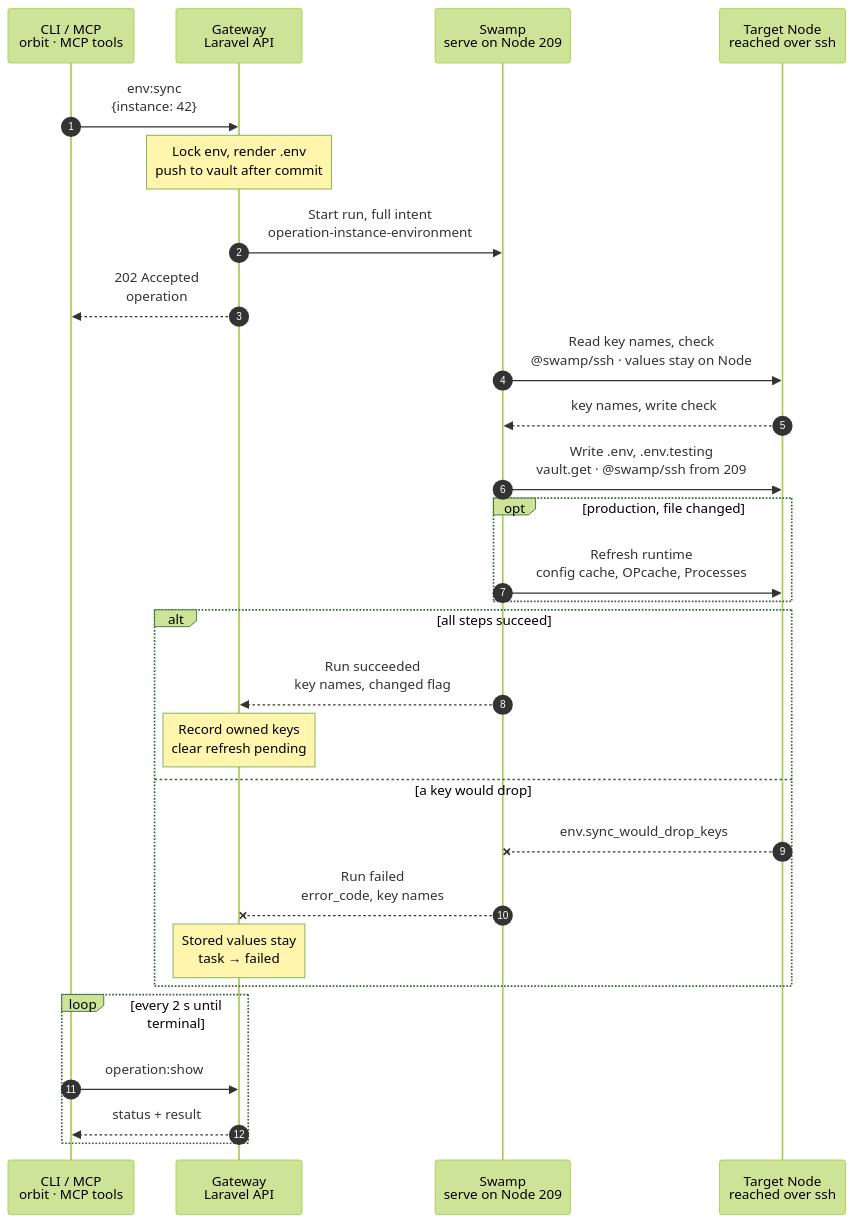
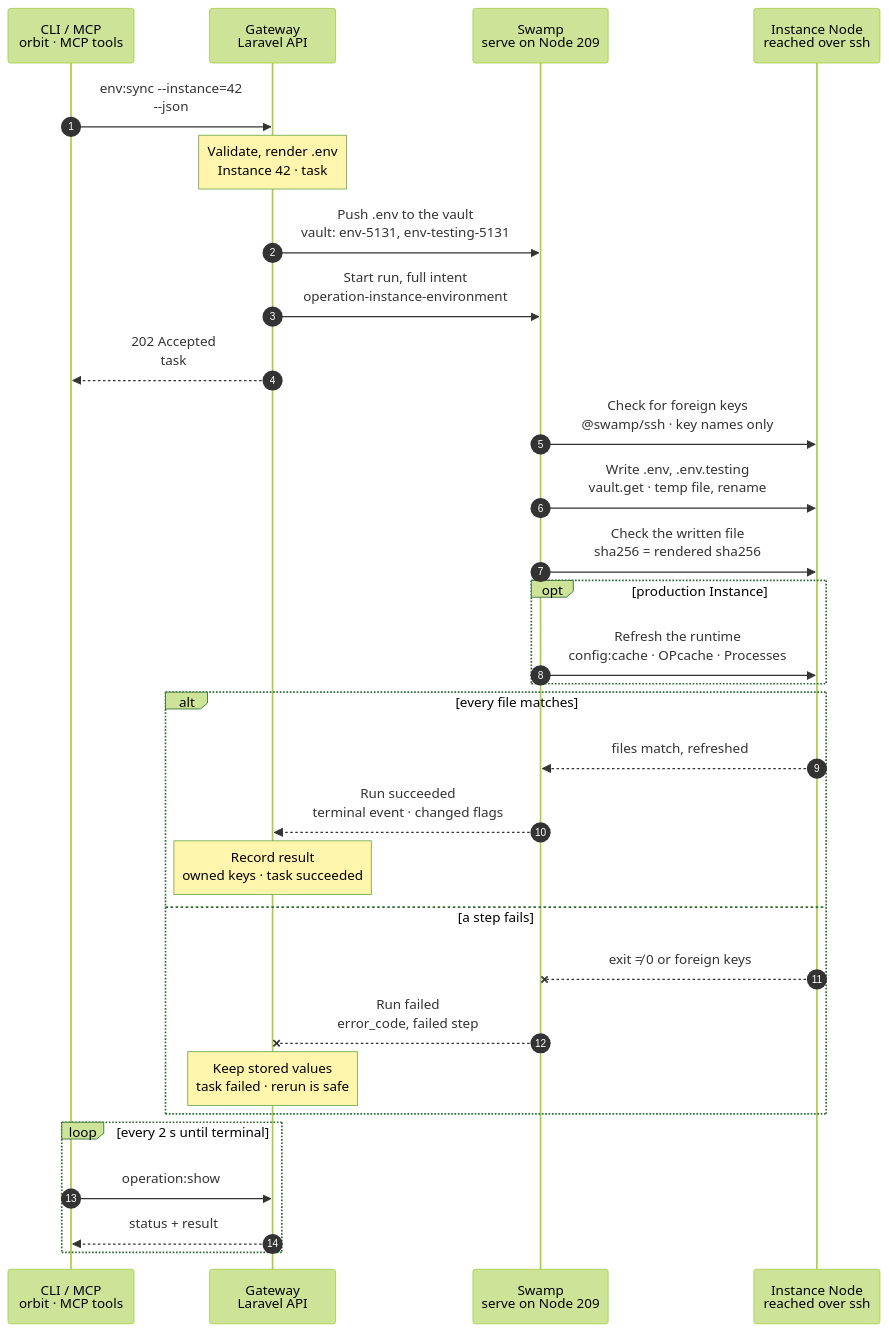
The diagram in docs/flows/instance.sync_environment.mmd (hardimpactdev/orbit), drawn with Mermaid (forest theme) before and after one commit. The commit also changed 10 other files, not shown here.

First line of the commit message:
docs(flows): wave 3 charts (dev Instance lifecycle, Project maintenance) (#2436)

```diff
--- a/docs/flows/instance.sync_environment.mmd
+++ b/docs/flows/instance.sync_environment.mmd
@@ -1,34 +1,132 @@
 sequenceDiagram
-  %% Target design: ADR 0244 task, decision swamp-vault-secrets (vault.get, no secret inputs), F9 sync phases; DECISIONS round 2 (rendered .env pushed to vault after commit, vault.get from 209, no private-material fetch, no per-Node worker).
+  %% Target design: ADR 0244 task, R1-R4, decision swamp-vault-secrets (vault.get), orbit-gateway-renders-create-env (Gateway owns .env, no read-back), DECISIONS instance.sync_environment (vault after commit, @swamp/ssh from 209, no private-material fetch, no per-Node worker). docs/reference/environment-variables.md.
   %% status: draft
+  %% command: env:sync
   autonumber
   %% lane CLI icon=terminal pill=caller tone=gray
   %% lane GW icon=gateway pill=intent tone=blue
   %% lane SW icon=workflow pill=executes tone=green
   %% lane N icon=server pill=target tone=amber
   participant CLI as CLI / MCP<br/>orbit · MCP tools
   participant GW as Gateway<br/>Laravel API
   participant SW as Swamp<br/>serve on Node 209
-  participant N as Target Node<br/>reached over ssh
-  CLI->>GW: env:sync<br/>{instance: 42}
-  Note over GW: Lock env, render .env<br/>push to vault after commit
+  participant N as Instance Node<br/>reached over ssh
+  CLI->>GW: env:sync --instance=42<br/>--json
+  %%> Command:
+  %%> - `orbit env:sync --instance=42`
+  %%> - syntax: `env:sync --instance=SELECTOR [--json]`
+  %%> Input:
+  %%> - the Instance: a numeric Instance ID or the exact domain of its Route
+  %%> Who can call it:
+  %%> - the `orbit` CLI and the MCP tool send the same request
+  Note over GW: Validate, render .env<br/>Instance 42 · task #5131
+  %%> Requirements:
+  %%> - your Node has an access grant to Node 12, the Node of Instance 42
+  %%> - Instance 42 is active, on a Node with exactly one active `app-dev` or `app-prod` role
+  %%> - Instance 42 has stored configuration (`env.configuration_missing` otherwise)
+  %%> - a stored `{{instance.domain}}` needs a settled Route (`env.reference_unavailable` otherwise)
+  %%> - no other task holds Instance 42; the Gateway holds one lock per Instance and waits briefly for a busy one
+  %%> Renders .env:
+  %%> - every stored key in sorted order, as a quoted value
+  %%> - `{{instance.domain}}` from the Route, `{{instance.environment}}` from the Node role
+  %%> - `.env.testing` too, when Instance 42 owns its `DB` database
+  %%> Result:
+  %%> - task #5131 recorded with the full intent and the sha256 of each rendered file
+  %%> - nothing has happened on the Node yet
+  GW->>SW: Push .env to the vault<br/>vault: env-5131, env-testing-5131
+  %%> Why:
+  %%> - `.env` holds secrets, which travel only through the vault (R3)
+  %%> What it does:
+  %%> - after the task commits, pushes the rendered files into Swamp's vault on Node 209
+  %%> Result:
+  %%> - the run reads them with `vault.get`; no step calls the Gateway back
   GW->>SW: Start run, full intent<br/>operation-instance-environment
-  GW-->>CLI: 202 Accepted<br/>operation #5131
-  SW->>N: Read key names, check<br/>@swamp/ssh · values stay on Node
-  N-->>SW: key names, write check
-  SW->>N: Write .env, .env.testing<br/>vault.get · @swamp/ssh from 209
-  opt production, file changed
-    SW->>N: Refresh runtime<br/>config cache, OPcache, Processes
+  %%> What it does:
+  %%> - starts one Swamp run on serve (Node 209)
+  %%> Inputs:
+  %%> - Node 12's address and SSH host keys; the SSH identity comes from the `swamp` role
+  %%> - the account, the application directory, the file paths and the expected sha256 of each file
+  %%> - the key names Orbit wrote last time, which it may remove
+  %%> - production only: the release path and the Processes with `restart_on_deploy`
+  %%> - secrets only as vault key names
+  GW-->>CLI: 202 Accepted<br/>task #5131
+  %%> What you get:
+  %%> - the task number, at once
+  %%> Next:
+  %%> - the CLI follows the task with `operation:show`
+  SW->>N: Check for foreign keys<br/>@swamp/ssh · key names only
+  %%> How:
+  %%> - Swamp reaches Node 12 over SSH from 209 with the official `@swamp/ssh` behavior
+  %%> What it does:
+  %%> - checks the account, the path, the file type and owner, without following a link
+  %%> - compares the key names of the current `.env` with the stored keys and the keys Orbit wrote last time
+  %%> - a missing file is fine
+  %%> Why:
+  %%> - a key that only the file holds would be lost; the step refuses instead (`env.sync_would_drop_keys`)
+  %%> Not returned:
+  %%> - no value leaves the Node; only the names of foreign keys, on failure
+  SW->>N: Write .env, .env.testing<br/>vault.get · temp file, rename
+  %%> What it does:
+  %%> - writes the rendered `.env` from the vault to a temporary file with mode `0600`, owned by the Instance account, then renames it over `.env`
+  %%> - writes `.env.testing` the same way, unless Git tracks it in the checkout
+  %%> - leaves a file that already matches in place
+  %%> Runs as:
+  %%> - the Instance account named in the intent, not root
+  %%> Not included:
+  %%> - renders nothing; the Gateway already rendered the files
+  SW->>N: Check the written file<br/>sha256 = rendered sha256
+  %%> What it does:
+  %%> - compares the sha256 of each file on the Node with the sha256 in the intent
+  %%> Why:
+  %%> - the sync only counts when the Node holds exactly what the Gateway rendered
+  %%> - this replaces `env.sync_unconfirmed`: a rerun checks and writes again
+  opt production Instance
+    SW->>N: Refresh the runtime<br/>config:cache · OPcache · Processes
+    %%> When:
+    %%> - on every production sync, also when `.env` did not change
+    %%> What it does:
+    %%> - rebuilds an existing config cache in a temporary path, checks it, then replaces the old one; an uncached release stays uncached
+    %%> - reloads the PHP-FPM pool to reset OPcache
+    %%> - restarts the running Processes that have `restart_on_deploy`
+    %%> Not included:
+    %%> - development Instances: they only get the file
   end
-  alt all steps succeed
-    SW-->>GW: Run succeeded<br/>key names, changed flag
-    Note over GW: Record owned keys<br/>clear refresh pending
-  else a key would drop
-    N--xSW: env.sync_would_drop_keys
-    SW--xGW: Run failed<br/>error_code, key names
-    Note over GW: Stored values stay<br/>task → failed
+  alt every file matches
+    N-->>SW: files match, refreshed
+    %%> Returns:
+    %%> - whether each file changed, and the runtime refresh status
+    %%> Not returned:
+    %%> - no values and no file content
+    SW-->>GW: Run succeeded<br/>terminal event · changed flags
+    %%> How the Gateway learns it:
+    %%> - its shared run reader sees the terminal event and reads the run's outputs; Swamp never calls the Gateway
+    Note over GW: Record result<br/>owned keys · task succeeded
+    %%> Result:
+    %%> - the synced key names become the keys Orbit owns on Instance 42
+    %%> - task #5131 succeeds with `changed`, the testing status and the refresh status
+  else a step fails
+    N--xSW: exit ≠ 0 or foreign keys
+    %%> When:
+    %%> - SSH fails, the file is unsafe, a foreign key would drop, or a hash does not match
+    %%> - production: the config cache or the Process restart fails
+    SW--xGW: Run failed<br/>error_code, failed step
+    %%> The Gateway reads:
+    %%> - which step failed and its error code, for example `env.sync_would_drop_keys` with the key names
+    Note over GW: Keep stored values<br/>task failed · rerun is safe
+    %%> Result:
+    %%> - stored values and the owned-key list stay as they were
+    %%> - task #5131 fails
+    %%> On the Node:
+    %%> - a refused file stays unchanged; a failed cache build keeps the old cache
+    %%> - a file already written stays; there is no rollback
+    %%> Retry:
+    %%> - fix the cause, for example store or remove the foreign keys, then run `env:sync` again; it is a new task
   end
   loop every 2 s until terminal
     CLI->>GW: operation:show #5131
+    %%> What it does:
+    %%> - asks for the task's status every 2 seconds until it has ended
     GW-->>CLI: status + result
+    %%> Returns:
+    %%> - the current status, and the result once the task has ended
   end
```
